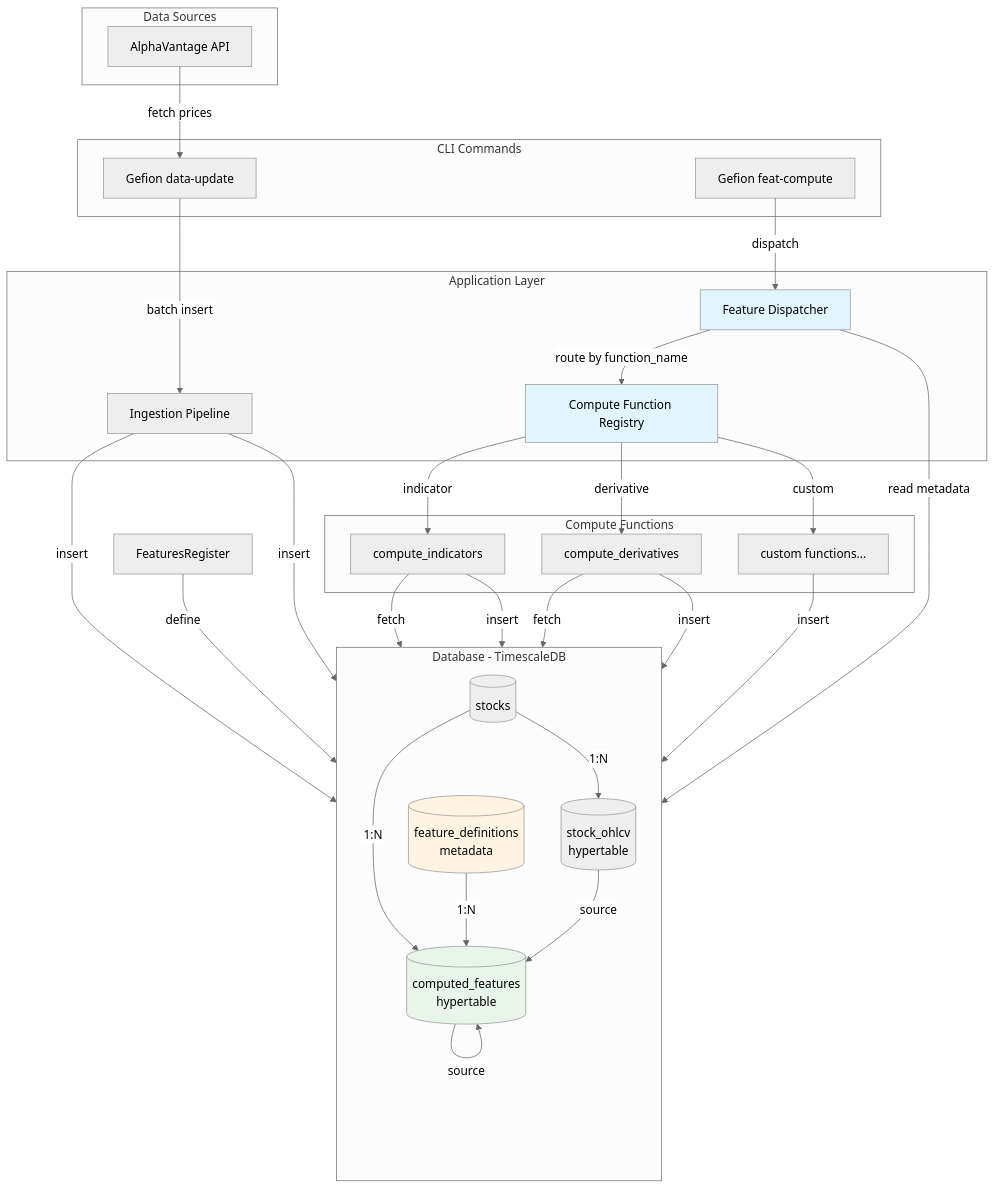
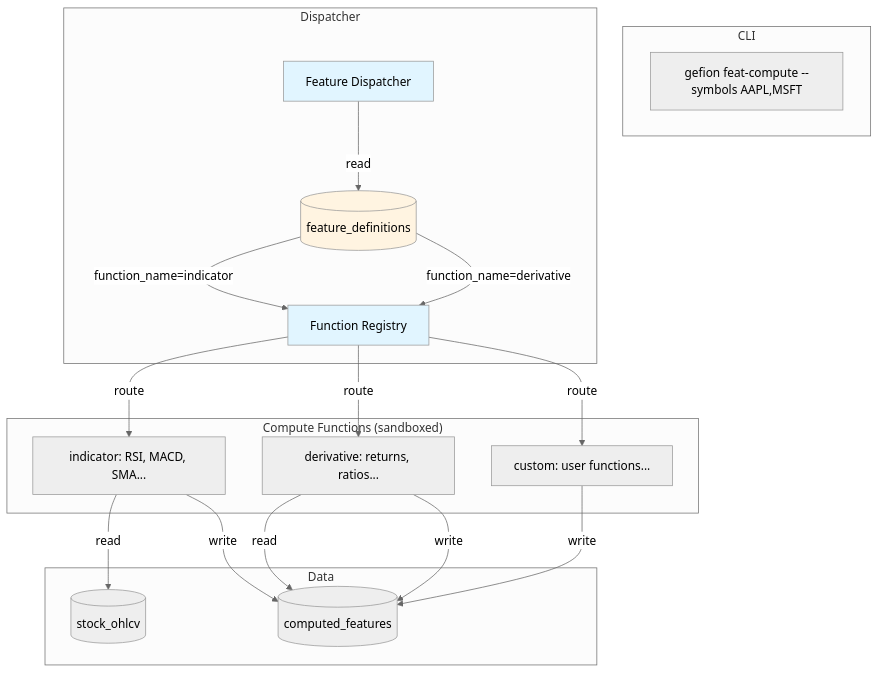
Before and after one commit to simonibsen/gefion: the third of 5 diagrams in README.md, drawn with Mermaid (neutral theme). The commit also changed other lines of this file, not shown here.

First line of the commit message:
docs: comprehensive architecture diagrams in README with mermaid ERD

````diff
--- a/README.md
+++ b/README.md
@@ -474,66 +602,29 @@
 ```mermaid
 graph TB
-    subgraph "Data Sources"
-        AV[AlphaVantage API]
+    subgraph "CLI"
+        CMD[gefion feat-compute --symbols AAPL,MSFT]
     end
 
-    subgraph "CLI Commands"
-        DataUpdate[Gefion data-update]
-        FeaturesCompute[Gefion feat-compute]
+    subgraph "Dispatcher"
+        D[Feature Dispatcher]
+        D -->|read| FD[(feature_definitions)]
+        FD -->|function_name=indicator| REG[Function Registry]
+        FD -->|function_name=derivative| REG
     end
 
-    subgraph "Application Layer"
-        Ingestion[Ingestion Pipeline]
-        Dispatcher[Feature Dispatcher]
-        Registry[Compute Function Registry]
+    subgraph "Compute Functions (sandboxed)"
+        REG -->|route| IND[indicator: RSI, MACD, SMA...]
+        REG -->|route| DER[derivative: returns, ratios...]
+        REG -->|route| CUS[custom: user functions...]
     end
 
-    subgraph "Compute Functions"
-        IndicatorFn[compute_indicators]
-        DerivativeFn[compute_derivatives]
-        CustomFn[custom functions...]
+    subgraph "Data"
+        IND -->|read| OHLCV[(stock_ohlcv)]
+        DER -->|read| CF[(computed_features)]
+        IND & DER & CUS -->|write| CF
     end
 
-    subgraph "Database - TimescaleDB"
-        direction TB
-        Stocks[(stocks)]
-        Prices[(stock_ohlcv<br/>hypertable)]
-        FeatureDefs[(feature_definitions<br/>metadata)]
-        ComputedFeatures[(computed_features<br/>hypertable)]
-
-        Stocks -->|1:N| Prices
-        Stocks -->|1:N| ComputedFeatures
-        FeatureDefs -->|1:N| ComputedFeatures
-        Prices -->|source| ComputedFeatures
-        ComputedFeatures -->|source| ComputedFeatures
-    end
-
-    %% Data ingestion flow
-    AV -->|fetch prices| DataUpdate
-    DataUpdate -->|batch insert| Ingestion
-    Ingestion -->|insert| Stocks
-    Ingestion -->|insert| Prices
-
-    %% Feature registration flow
-    FeaturesRegister -->|define| FeatureDefs
-
-    %% Feature computation flow
-    FeaturesCompute -->|dispatch| Dispatcher
-    Dispatcher -->|read metadata| FeatureDefs
-    Dispatcher -->|route by function_name| Registry
-    Registry -->|indicator| IndicatorFn
-    Registry -->|derivative| DerivativeFn
-    Registry -->|custom| CustomFn
-
-    IndicatorFn -->|fetch| Prices
-    DerivativeFn -->|fetch| ComputedFeatures
-
-    IndicatorFn -->|insert| ComputedFeatures
-    DerivativeFn -->|insert| ComputedFeatures
-    CustomFn -->|insert| ComputedFeatures
-
-    style Dispatcher fill:#e1f5ff
-    style Registry fill:#e1f5ff
-    style FeatureDefs fill:#fff4e1
-    style ComputedFeatures fill:#e8f5e9
+    style D fill:#e1f5ff
+    style REG fill:#e1f5ff
+    style FD fill:#fff4e1
 ```
````
